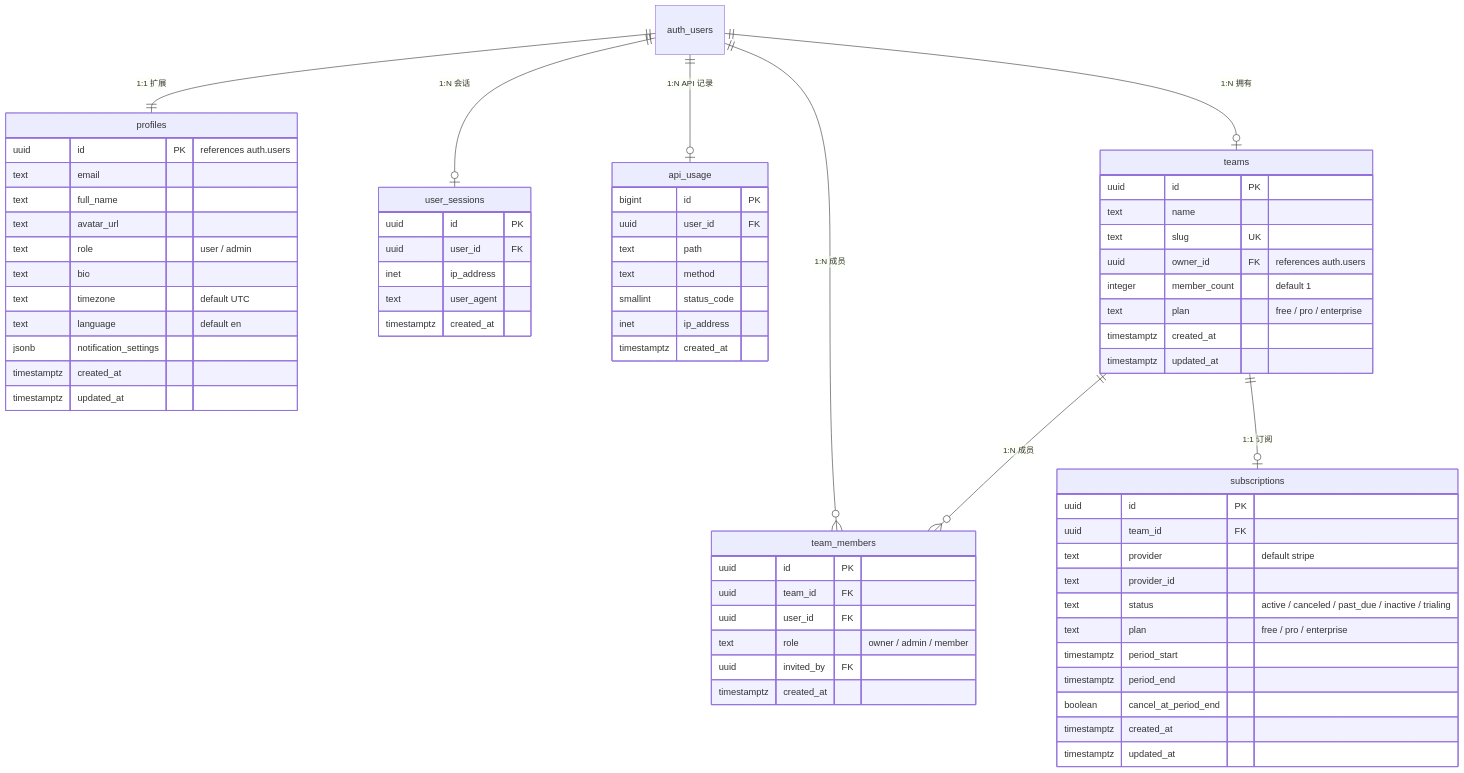
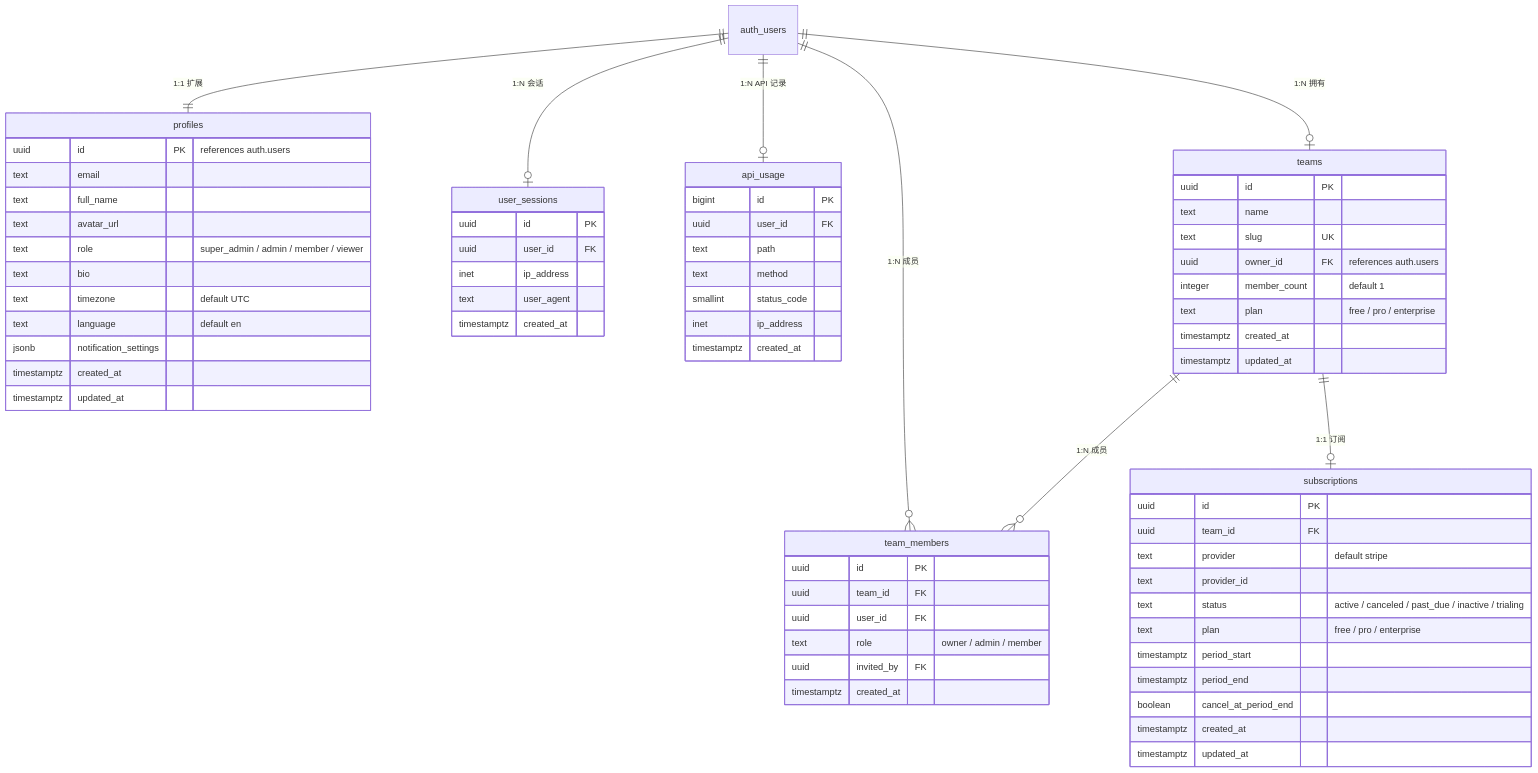
The first of 4 diagrams in docs/architecture/06-database.md (Sun1090/IndieStack), drawn with Mermaid before and after one commit. The commit also changed other lines of this file and 4 other files, not shown here.

````diff
--- a/docs/architecture/06-database.md
+++ b/docs/architecture/06-database.md
@@ -7,76 +7,76 @@
 ```mermaid
 erDiagram
     auth_users ||--|| profiles : "1:1 扩展"
     auth_users ||--o| user_sessions : "1:N 会话"
     auth_users ||--o| api_usage : "1:N API 记录"
     auth_users ||--o| teams : "1:N 拥有"
     auth_users ||--o{ team_members : "1:N 成员"
     teams ||--o{ team_members : "1:N 成员"
     teams ||--o| subscriptions : "1:1 订阅"
 
     profiles {
         uuid id PK "references auth.users"
         text email
         text full_name
         text avatar_url
-        text role "user / admin"
+        text role "super_admin / admin / member / viewer"
         text bio
         text timezone "default UTC"
         text language "default en"
         jsonb notification_settings
         timestamptz created_at
         timestamptz updated_at
     }
 
     teams {
         uuid id PK
         text name
         text slug UK
         uuid owner_id FK "references auth.users"
         integer member_count "default 1"
         text plan "free / pro / enterprise"
         timestamptz created_at
         timestamptz updated_at
     }
 
     team_members {
         uuid id PK
         uuid team_id FK
         uuid user_id FK
         text role "owner / admin / member"
         uuid invited_by FK
         timestamptz created_at
     }
 
     subscriptions {
         uuid id PK
         uuid team_id FK
         text provider "default stripe"
         text provider_id
         text status "active / canceled / past_due / inactive / trialing"
         text plan "free / pro / enterprise"
         timestamptz period_start
         timestamptz period_end
         boolean cancel_at_period_end
         timestamptz created_at
         timestamptz updated_at
     }
 
     user_sessions {
         uuid id PK
         uuid user_id FK
         inet ip_address
         text user_agent
         timestamptz created_at
     }
 
     api_usage {
         bigint id PK
         uuid user_id FK
         text path
         text method
         smallint status_code
         inet ip_address
         timestamptz created_at
     }
 ```
````
